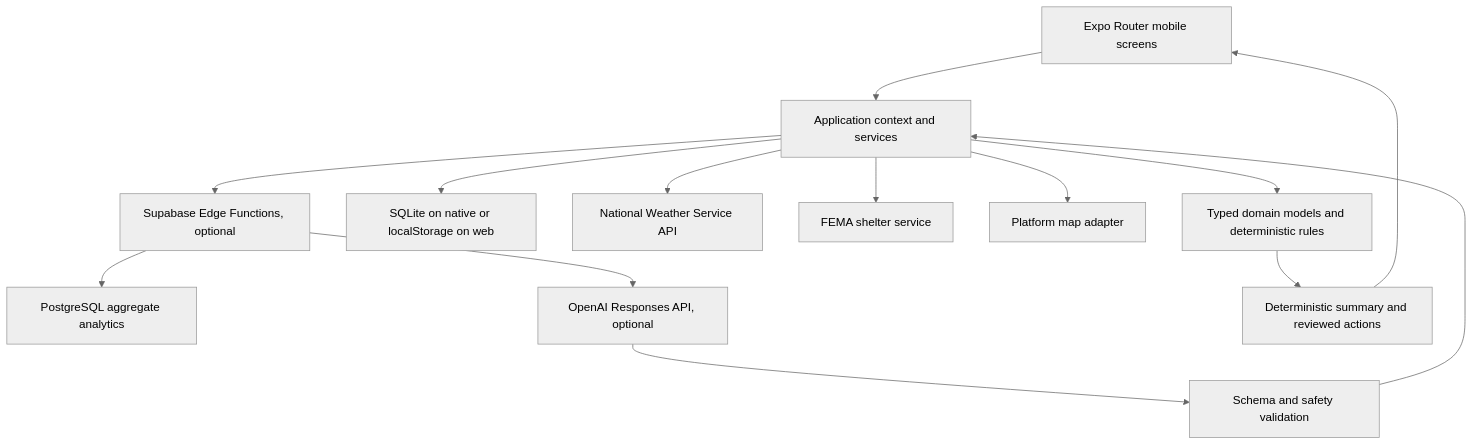
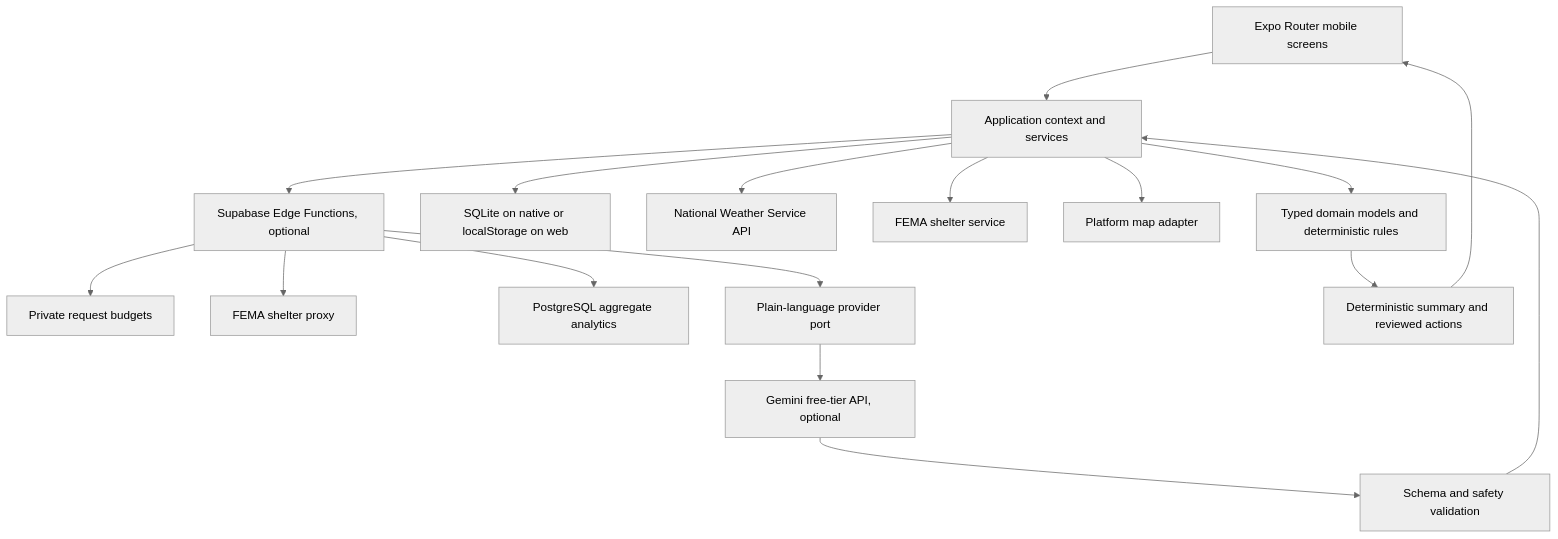
Before and after one commit to dhakshagona/disasterready: the diagram in README.md, drawn with Mermaid (neutral theme). The commit also changed other lines of this file and 139 other files, not shown here.

````diff
--- a/README.md
+++ b/README.md
@@ -74,16 +100,19 @@
 ```mermaid
 flowchart TD
   UI["Expo Router mobile screens"] --> APP["Application context and services"]
   APP --> DOMAIN["Typed domain models and deterministic rules"]
   APP --> LOCAL["SQLite on native or localStorage on web"]
   APP --> NWS["National Weather Service API"]
   APP --> FEMA["FEMA shelter service"]
   APP --> MAPS["Platform map adapter"]
   APP --> EDGE["Supabase Edge Functions, optional"]
+  EDGE --> LIMITS["Private request budgets"]
+  EDGE --> FEMAPROXY["FEMA shelter proxy"]
   EDGE --> EVENTS["PostgreSQL aggregate analytics"]
-  EDGE --> OPENAI["OpenAI Responses API, optional"]
-  OPENAI --> VALIDATE["Schema and safety validation"]
+  EDGE --> PROVIDER["Plain-language provider port"]
+  PROVIDER --> GEMINI["Gemini free-tier API, optional"]
+  GEMINI --> VALIDATE["Schema and safety validation"]
   VALIDATE --> APP
   DOMAIN --> FALLBACK["Deterministic summary and reviewed actions"]
   FALLBACK --> UI
 ```
````
